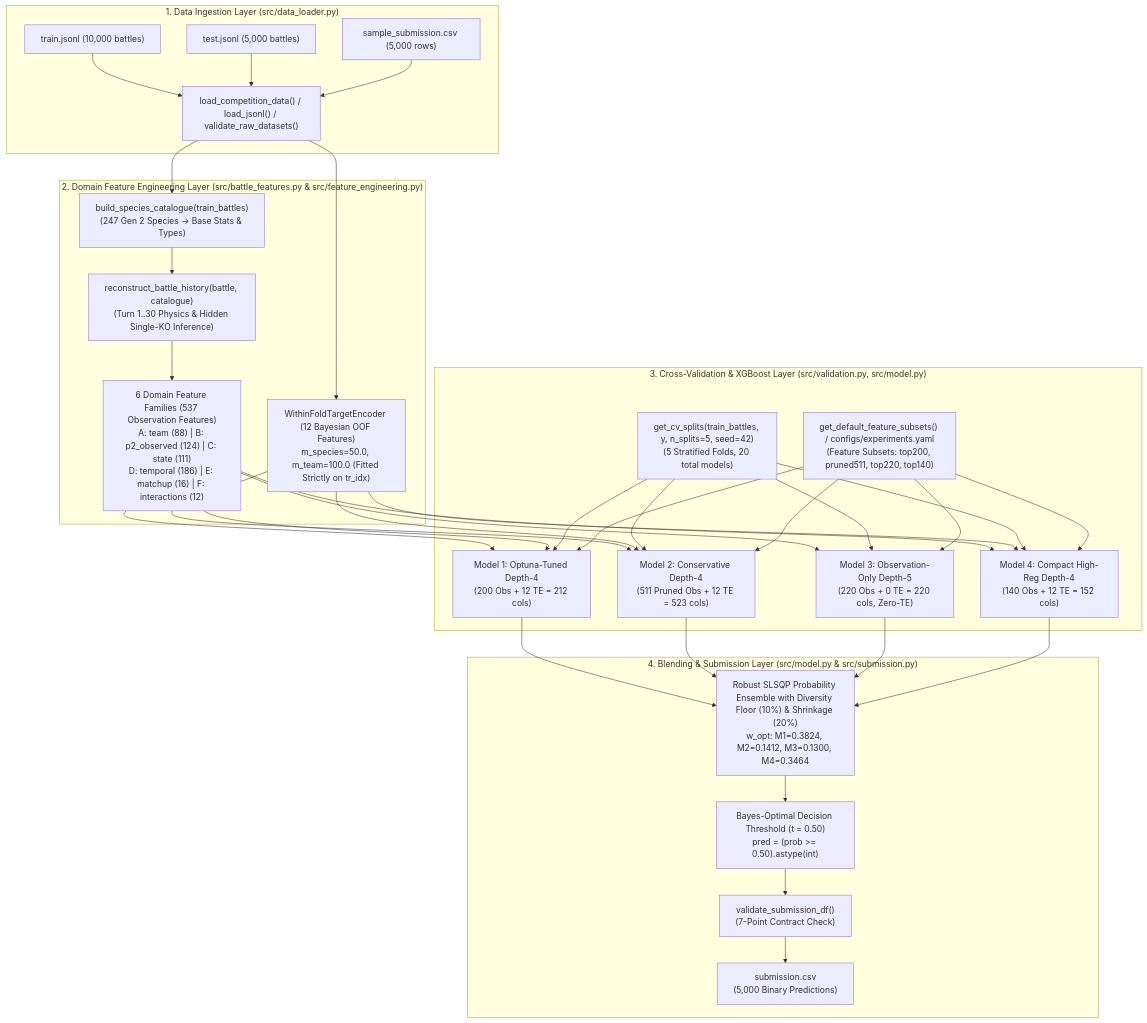
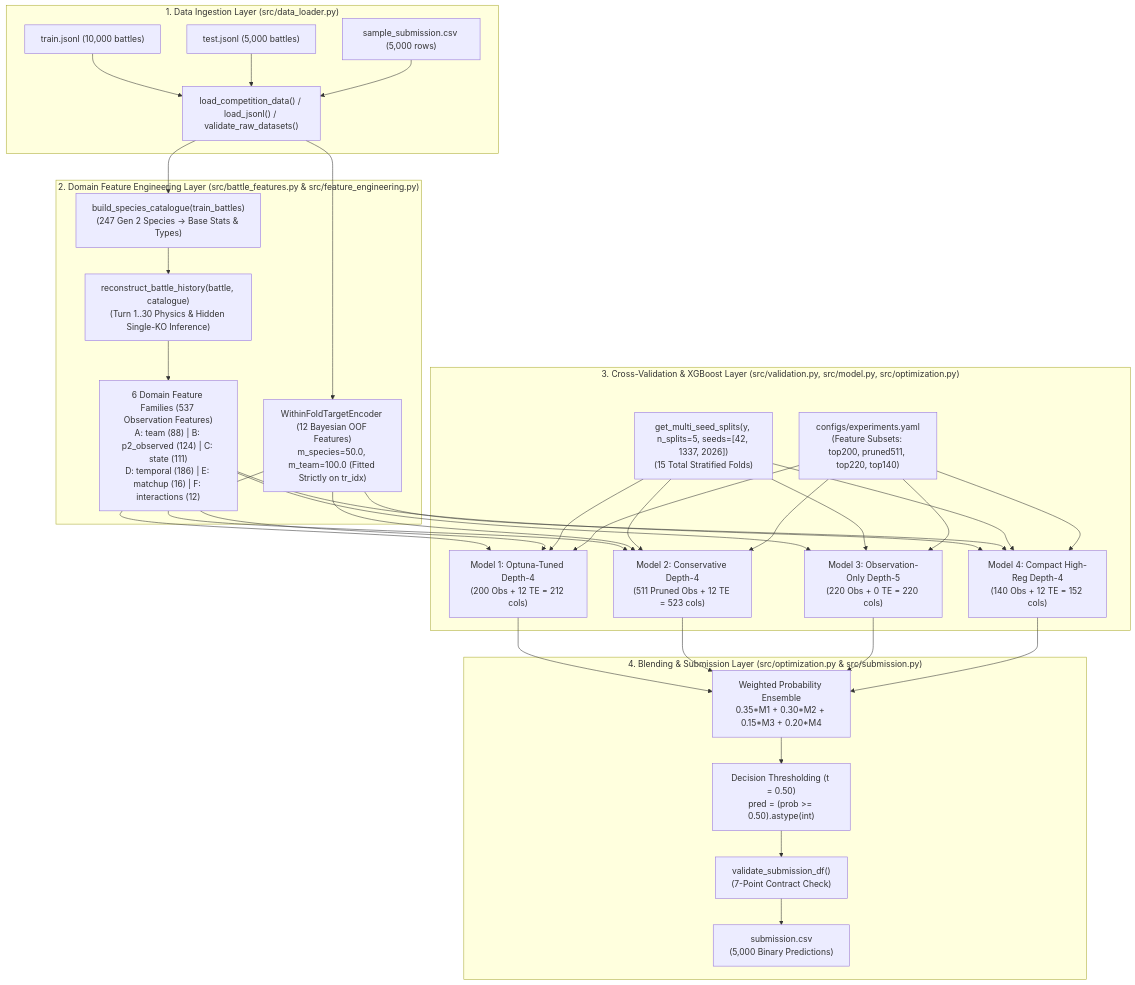
Before and after one commit to danielegabriele17-rgb/predictive-spikes: the diagram in docs/COMPREHENSIVE_TECHNICAL_AUDIT.md, drawn with Mermaid. The commit also changed other lines of this file and 11 other files, not shown here.

````diff
--- a/docs/COMPREHENSIVE_TECHNICAL_AUDIT.md
+++ b/docs/COMPREHENSIVE_TECHNICAL_AUDIT.md
@@ -178,45 +187,45 @@
 ```mermaid
 flowchart TD
     subgraph DataLayer["1. Data Ingestion Layer (src/data_loader.py)"]
         RAW_TR["train.jsonl (10,000 battles)"]
         RAW_TE["test.jsonl (5,000 battles)"]
         RAW_SUB["sample_submission.csv (5,000 rows)"]
         DL["load_competition_data() / load_jsonl() / validate_raw_datasets()"]
         RAW_TR --> DL
         RAW_TE --> DL
         RAW_SUB --> DL
     end
 
     subgraph FeatureLayer["2. Domain Feature Engineering Layer (src/battle_features.py & src/feature_engineering.py)"]
         CAT["build_species_catalogue(train_battles)\n(247 Gen 2 Species -> Base Stats & Types)"]
         HIST["reconstruct_battle_history(battle, catalogue)\n(Turn 1..30 Physics & Hidden Single-KO Inference)"]
         FAM["6 Domain Feature Families (537 Observation Features)\nA: team (88) | B: p2_observed (124) | C: state (111)\nD: temporal (186) | E: matchup (16) | F: interactions (12)"]
         TE["WithinFoldTargetEncoder (12 Bayesian OOF Features)\nm_species=50.0, m_team=100.0 (Fitted Strictly on tr_idx)"]
         DL --> CAT
         CAT --> HIST
         HIST --> FAM
         DL --> TE
     end
 
-    subgraph ValidationModelLayer["3. Cross-Validation & XGBoost Layer (src/validation.py, src/model.py)"]
-        SPLITS["get_cv_splits(train_battles, y, n_splits=5, seed=42)\n(5 Stratified Folds, 20 total models)"]
-        CFG["get_default_feature_subsets() / configs/experiments.yaml\n(Feature Subsets: top200, pruned511, top220, top140)"]
+    subgraph ValidationModelLayer["3. Cross-Validation & XGBoost Layer (src/validation.py, src/model.py, src/optimization.py)"]
+        SPLITS["get_multi_seed_splits(y, n_splits=5, seeds=[42, 1337, 2026])\n(15 Total Stratified Folds)"]
+        CFG["configs/experiments.yaml\n(Feature Subsets: top200, pruned511, top220, top140)"]
         M1["Model 1: Optuna-Tuned Depth-4\n(200 Obs + 12 TE = 212 cols)"]
         M2["Model 2: Conservative Depth-4\n(511 Pruned Obs + 12 TE = 523 cols)"]
-        M3["Model 3: Observation-Only Depth-5\n(220 Obs + 0 TE = 220 cols, Zero-TE)"]
+        M3["Model 3: Observation-Only Depth-5\n(220 Obs + 0 TE = 220 cols)"]
         M4["Model 4: Compact High-Reg Depth-4\n(140 Obs + 12 TE = 152 cols)"]
         FAM --> M1 & M2 & M3 & M4
         TE --> M1 & M2 & M4
         SPLITS --> M1 & M2 & M3 & M4
         CFG --> M1 & M2 & M3 & M4
     end
 
-    subgraph EnsembleSubmissionLayer["4. Blending & Submission Layer (src/model.py & src/submission.py)"]
-        BLEND["Robust SLSQP Probability Ensemble with Diversity Floor (10%) & Shrinkage (20%)\nw_opt: M1=0.3824, M2=0.1412, M3=0.1300, M4=0.3464"]
-        THRESH["Bayes-Optimal Decision Threshold (t = 0.50)\npred = (prob >= 0.50).astype(int)"]
+    subgraph EnsembleSubmissionLayer["4. Blending & Submission Layer (src/optimization.py & src/submission.py)"]
+        BLEND["Weighted Probability Ensemble\n0.35*M1 + 0.30*M2 + 0.15*M3 + 0.20*M4"]
+        THRESH["Decision Thresholding (t = 0.50)\npred = (prob >= 0.50).astype(int)"]
         VAL_SUB["validate_submission_df()\n(7-Point Contract Check)"]
         CSV["submission.csv\n(5,000 Binary Predictions)"]
         M1 & M2 & M3 & M4 --> BLEND
         BLEND --> THRESH --> VAL_SUB --> CSV
     end
 ```
````
